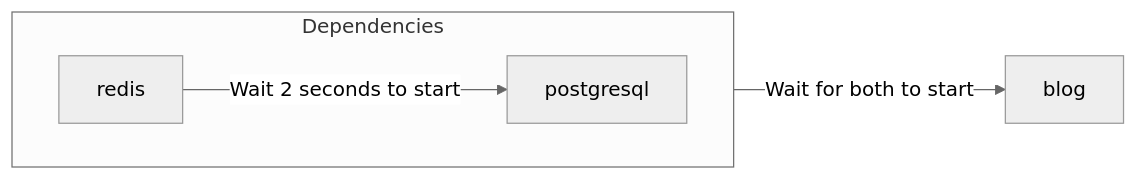
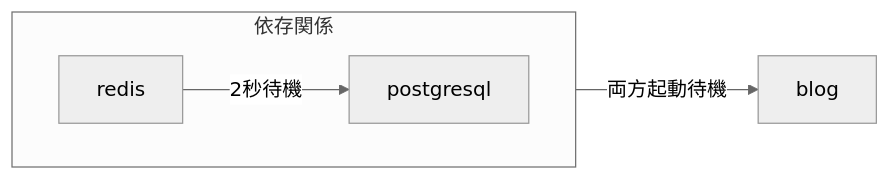
Before and after one commit to zeabur/zeabur: the diagram in docs/pages/ja-JP/template/template-in-code.mdx, drawn with Mermaid (neutral theme). The commit also changed other lines of this file and 206 other files, not shown here.

````diff
--- a/docs/pages/ja-JP/template/template-in-code.mdx
+++ b/docs/pages/ja-JP/template/template-in-code.mdx
@@ -159,13 +161,10 @@
 ```mermaid
 graph LR
-  subgraph Dependencies
+  subgraph 依存関係
     direction LR
-
     redis
     postgresql
-
-    redis -- Wait 2 seconds to start --> postgresql
+    redis -- 2秒待機 --> postgresql
   end
-
-  Dependencies -- Wait for both to start --> blog
+  依存関係 -- 両方起動待機 --> blog
 ```
````
